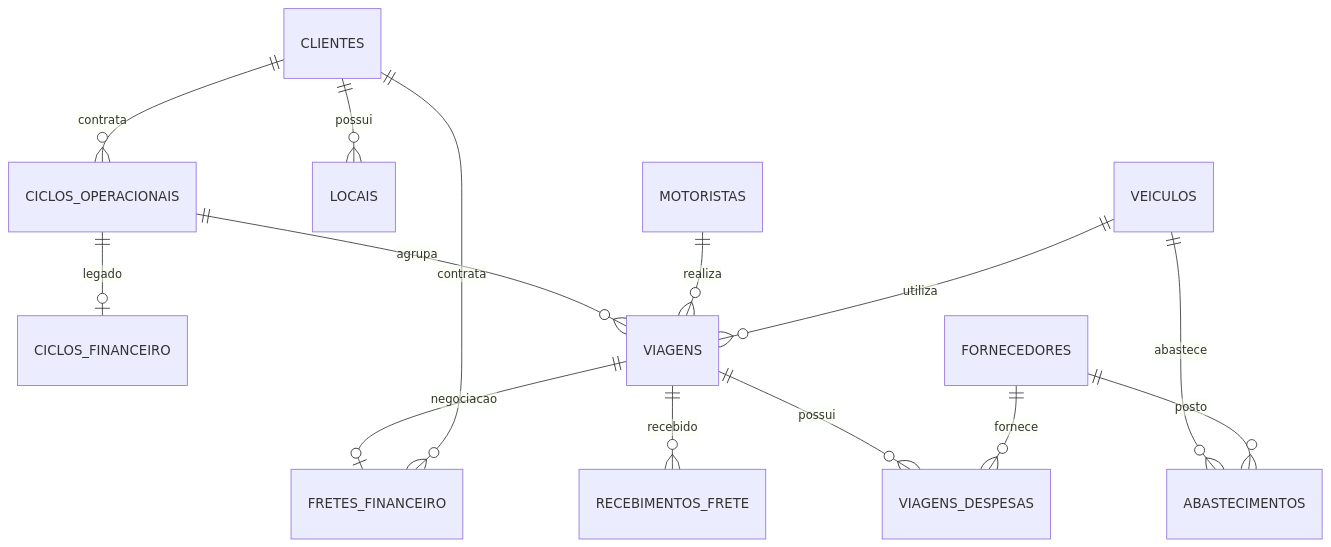
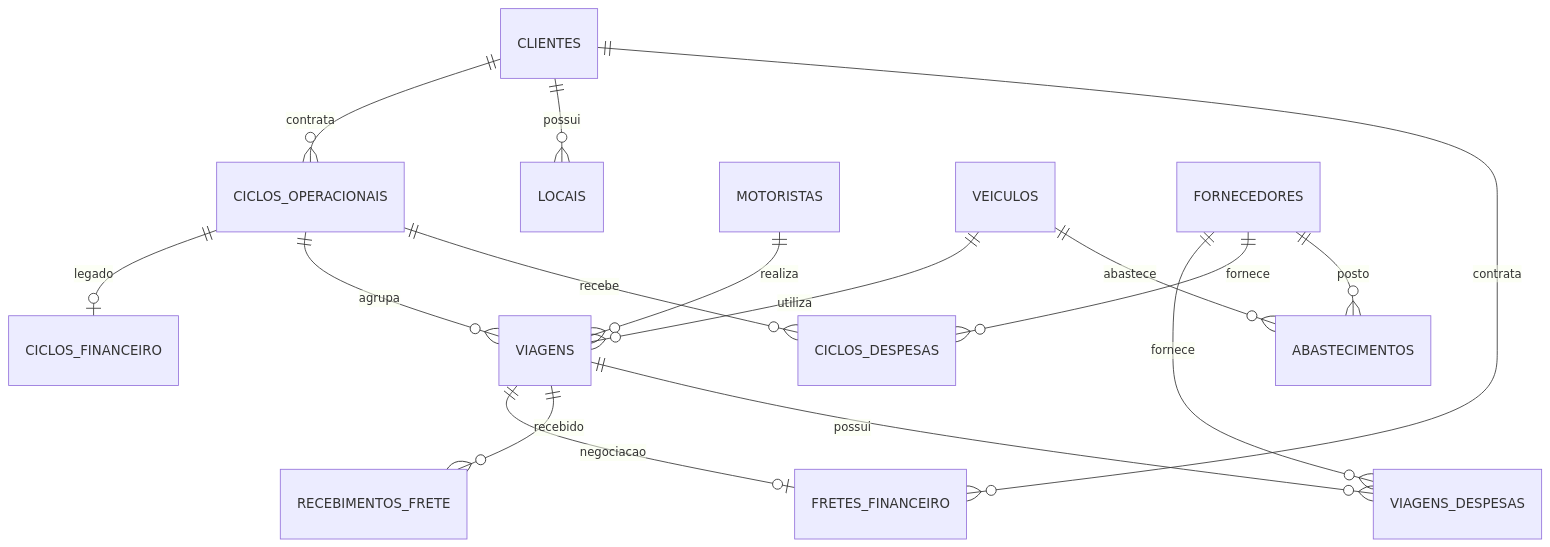
The diagram in docs/arquitetura_banco.md (felpontes98/faeg-logistica-app), drawn with Mermaid before and after one commit. The commit also changed other lines of this file and 7 other files, not shown here.

````diff
--- a/docs/arquitetura_banco.md
+++ b/docs/arquitetura_banco.md
@@ -28,16 +29,18 @@
 ```mermaid
 erDiagram
     CLIENTES ||--o{ CICLOS_OPERACIONAIS : contrata
     CLIENTES ||--o{ LOCAIS : possui
     CICLOS_OPERACIONAIS ||--o| CICLOS_FINANCEIRO : legado
     CICLOS_OPERACIONAIS ||--o{ VIAGENS : agrupa
     VIAGENS ||--o| FRETES_FINANCEIRO : negociacao
     VIAGENS ||--o{ RECEBIMENTOS_FRETE : recebido
     CLIENTES ||--o{ FRETES_FINANCEIRO : contrata
     MOTORISTAS ||--o{ VIAGENS : realiza
     VEICULOS ||--o{ VIAGENS : utiliza
     VEICULOS ||--o{ ABASTECIMENTOS : abastece
     VIAGENS ||--o{ VIAGENS_DESPESAS : possui
+    CICLOS_OPERACIONAIS ||--o{ CICLOS_DESPESAS : recebe
     FORNECEDORES ||--o{ VIAGENS_DESPESAS : fornece
+    FORNECEDORES ||--o{ CICLOS_DESPESAS : fornece
     FORNECEDORES ||--o{ ABASTECIMENTOS : posto
 ```
````
